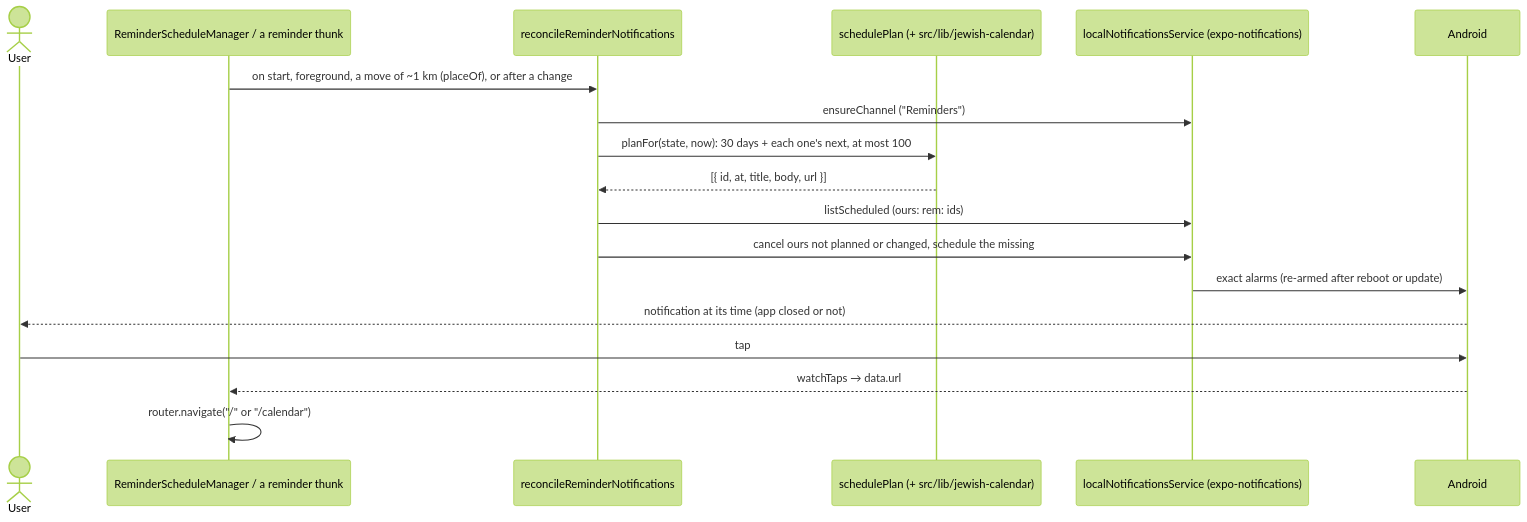
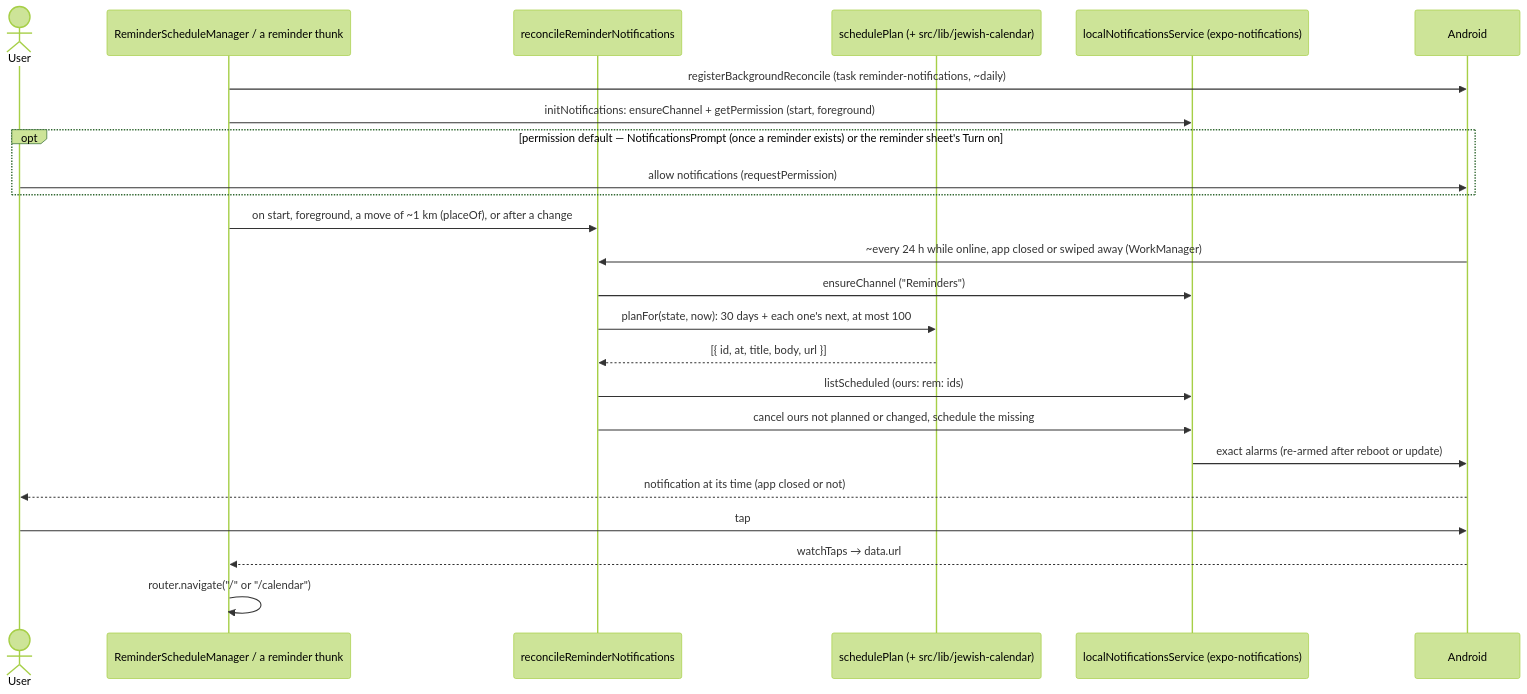
The ninth of 10 diagrams in docs/specs/architecture.md (LidorElmakaies/personal-copilot), drawn with Mermaid (forest theme) before and after one commit. The commit also changed other lines of this file and 51 other files, not shown here.

````diff
--- a/docs/specs/architecture.md
+++ b/docs/specs/architecture.md
@@ -308,21 +308,27 @@
 ```mermaid
 sequenceDiagram
     actor User
     participant Mgr as ReminderScheduleManager / a reminder thunk
     participant Rec as reconcileReminderNotifications
     participant Plan as schedulePlan (+ src/lib/jewish-calendar)
     participant LN as localNotificationsService (expo-notifications)
     participant Android
 
+    Mgr->>Android: registerBackgroundReconcile (task reminder-notifications, ~daily)
+    Mgr->>LN: initNotifications: ensureChannel + getPermission (start, foreground)
+    opt permission default — NotificationsPrompt (once a reminder exists) or the reminder sheet's Turn on
+        User->>Android: allow notifications (requestPermission)
+    end
     Mgr->>Rec: on start, foreground, a move of ~1 km (placeOf), or after a change
+    Android->>Rec: ~every 24 h while online, app closed or swiped away (WorkManager)
     Rec->>LN: ensureChannel ("Reminders")
     Rec->>Plan: planFor(state, now): 30 days + each one's next, at most 100
     Plan-->>Rec: [{ id, at, title, body, url }]
     Rec->>LN: listScheduled (ours: rem: ids)
     Rec->>LN: cancel ours not planned or changed, schedule the missing
     LN->>Android: exact alarms (re-armed after reboot or update)
     Android-->>User: notification at its time (app closed or not)
     User->>Android: tap
     Android-->>Mgr: watchTaps → data.url
     Mgr->>Mgr: router.navigate("/" or "/calendar")
 ```
````
